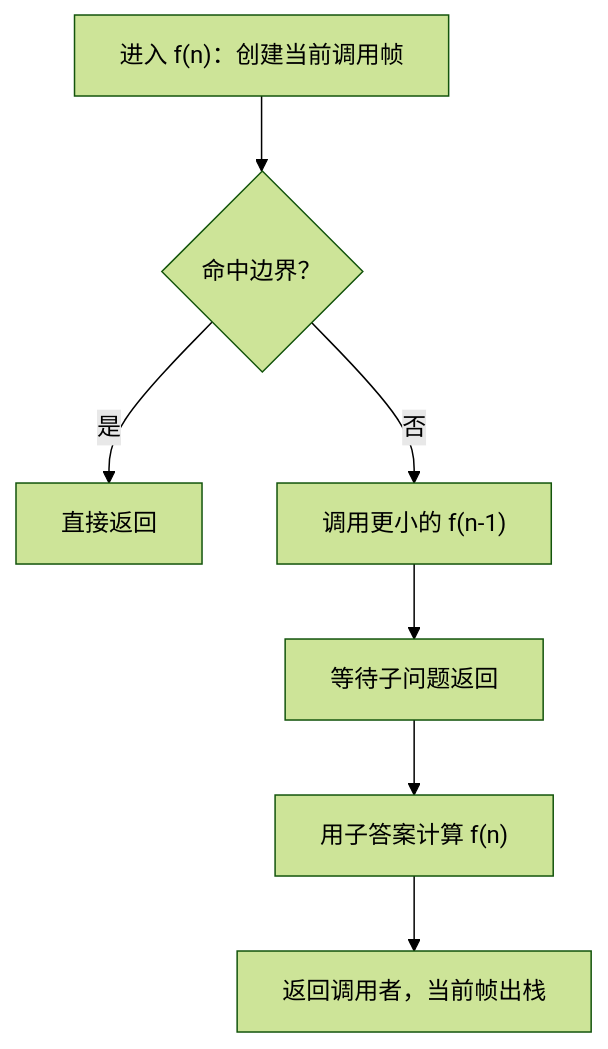
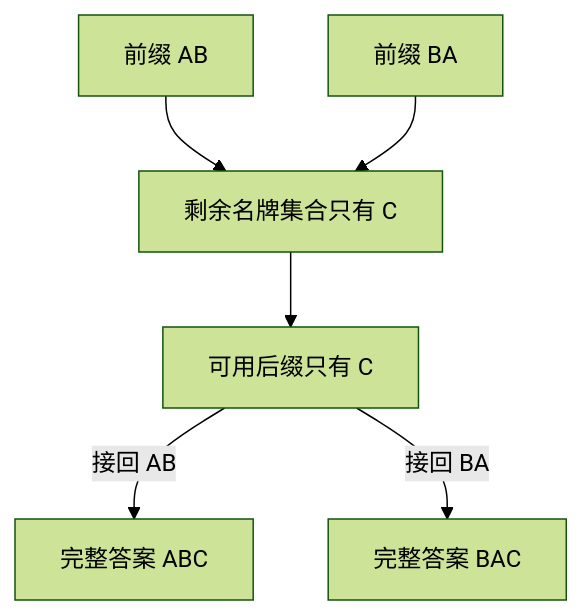
One commit to Derekwang2002/cs-course-notes changed the third of 8 diagrams in content/01.md. Above: the diagram before and after it, drawn with Mermaid (forest theme). The commit also changed other lines of this file and 40 other files, not shown here.

````diff
--- a/content/01.md
+++ b/content/01.md
@@ -7,9 +57,8 @@
 ```mermaid
 flowchart TD
- A["进入 f(n)：创建当前调用帧"] --> B{"命中边界？"}
- B -->|是| C["直接返回"]
- B -->|否| D["调用更小的 f(n-1)"]
- D --> E["等待子问题返回"]
- E --> F["用子答案计算 f(n)"]
- F --> G["返回调用者，当前帧出栈"]
+ A["前缀 AB"] --> C["剩余名牌集合只有 C"]
+ B["前缀 BA"] --> C
+ C --> S["可用后缀只有 C"]
+ S -->|接回 AB| X["完整答案 ABC"]
+ S -->|接回 BA| Y["完整答案 BAC"]
 ```
````
